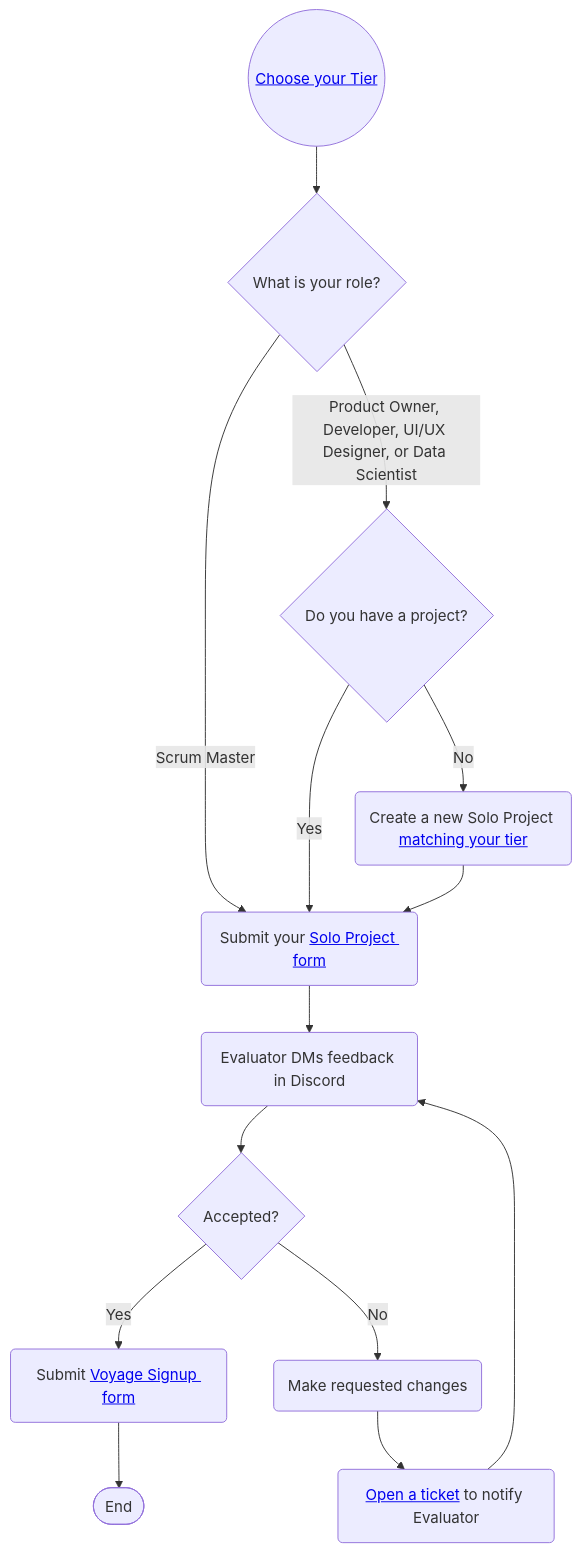
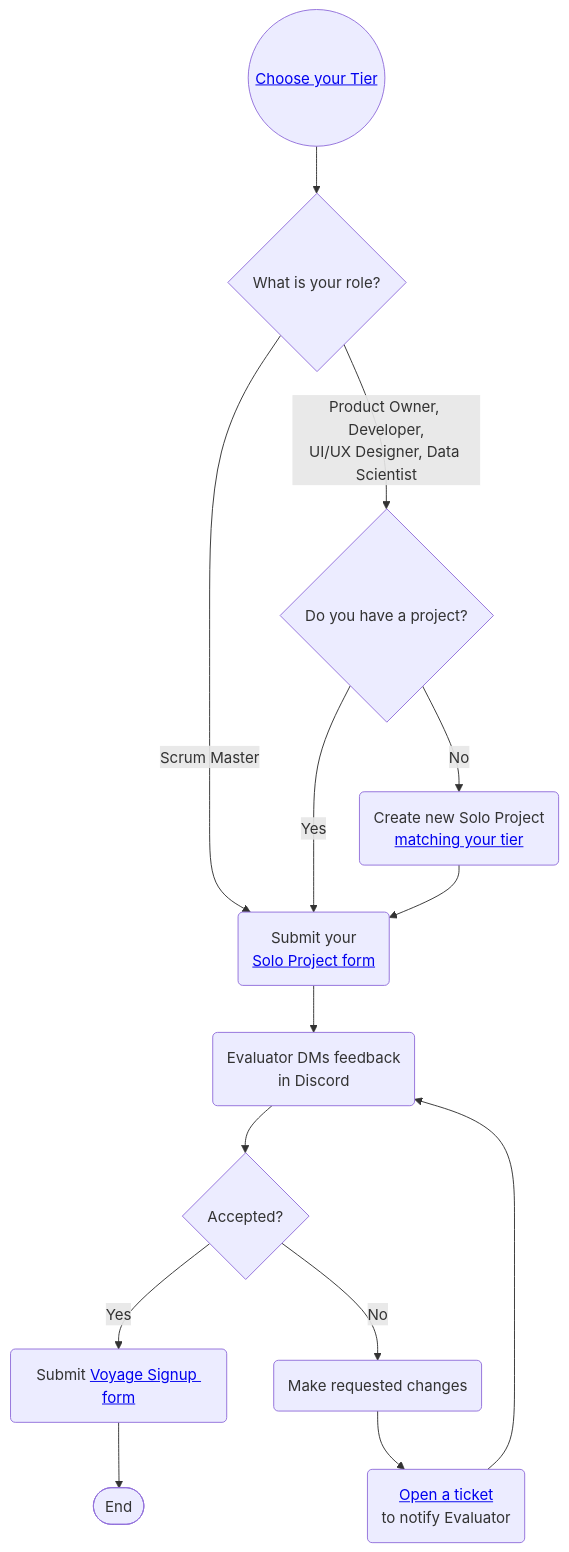
The diagram in docs/guides/soloproject/soloproject.md (chingu-voyages/Handbook), drawn with Mermaid before and after one commit. The commit also changed 1 other file, not shown here.

Commit message:
Feature: Add line breaks to Mermaid diagrams

````diff
--- a/docs/guides/soloproject/soloproject.md
+++ b/docs/guides/soloproject/soloproject.md
@@ -17,17 +17,17 @@
 ```mermaid
 graph TB
     A((<a href='https://github.com/chingu-voyages/Handbook/blob/main/docs/guides/soloproject/soloproject.md#1-choose-your-tier-1%EF%B8%8F%E2%83%A3-2%EF%B8%8F%E2%83%A3-3%EF%B8%8F%E2%83%A3'>Choose your Tier</a>)) --> B{What is your role?}
     B -- Scrum Master --> G
-    B -- Product Owner, Developer, UI/UX Designer, or Data Scientist --> F{Do you have a project?}
-    F -- Yes --> G(Submit your <a href='https://forms.gle/D3Nu1VvfH3FDFBRr6'>Solo Project form</a>)
-    F -- No --> H(Create a new Solo Project <a href='https://github.com/chingu-voyages/Handbook/blob/main/docs/guides/soloproject/soloproject.md#2-submit-a-project-that-matches-your-tier-'>matching your tier</a>)
+    B -- Product Owner, Developer,</br>UI/UX Designer, Data Scientist --> F{Do you have a project?}
+    F -- Yes --> G(Submit your <a href='https://forms.gle/D3Nu1VvfH3FDFBRr6'></br>Solo Project form</a>)
+    F -- No --> H(Create new Solo Project <a href='https://github.com/chingu-voyages/Handbook/blob/main/docs/guides/soloproject/soloproject.md#2-submit-a-project-that-matches-your-tier-'></br>matching your tier</a>)
     H --> G
-    G --> J(Evaluator DMs feedback in Discord)
+    G --> J(Evaluator DMs feedback</br>in Discord)
     J --> K{Accepted?};
     K -- Yes --> L(Submit <a href='https://forms.gle/dFaNuYWAjARd99qo8' target='_blank'>Voyage Signup form</a>);
     K -- No --> M(Make requested changes);
-    M --> N(<a href='https://discord.com/channels/330284646283608064/1193342042080817323' target='_blank'>Open a ticket</a> to notify Evaluator);
+    M --> N(<a href='https://discord.com/channels/330284646283608064/1193342042080817323' target='_blank'>Open a ticket</a></br>to notify Evaluator);
     N --> J;
 
     L --> Z([End]);
 ```
````
